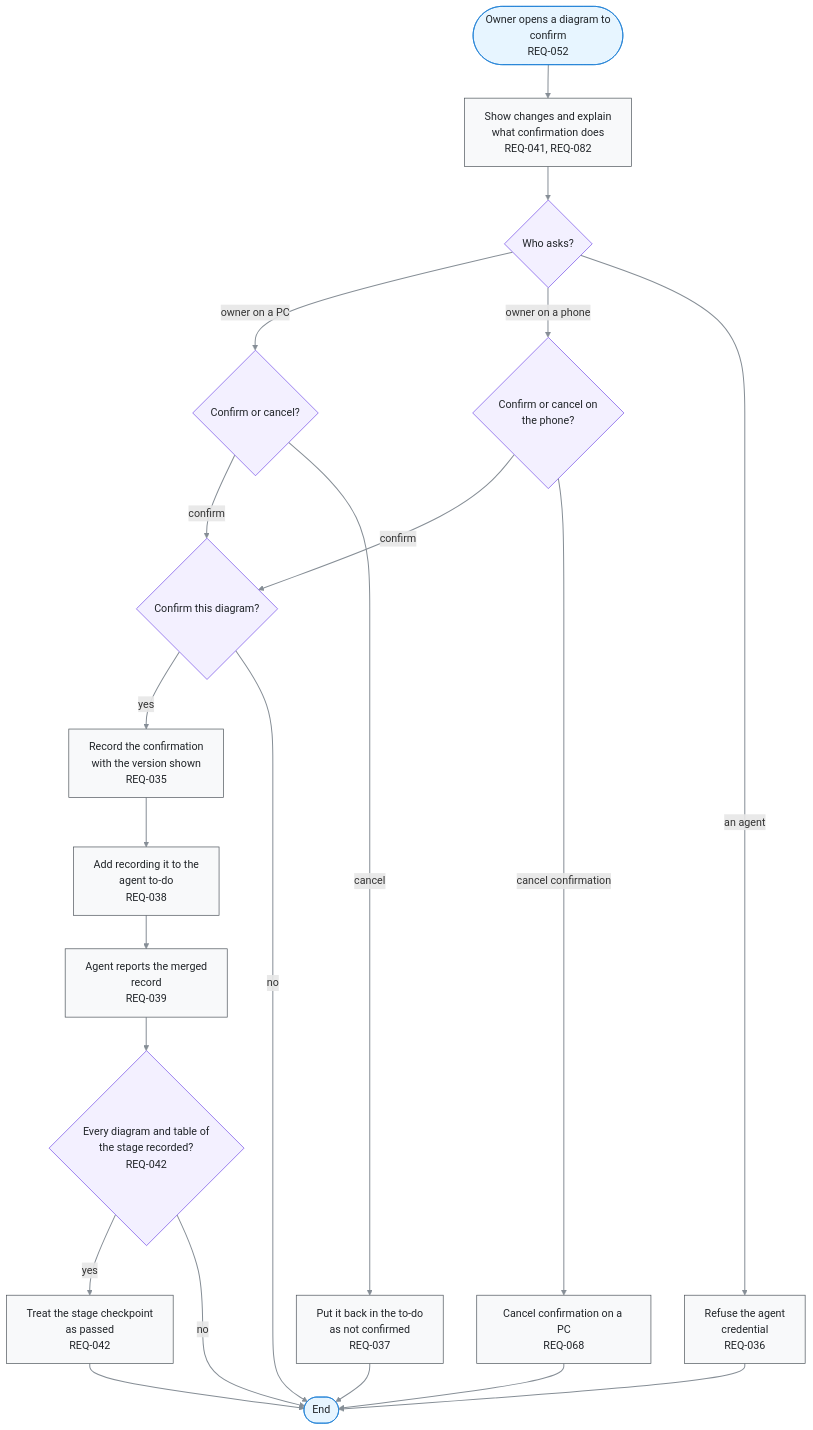
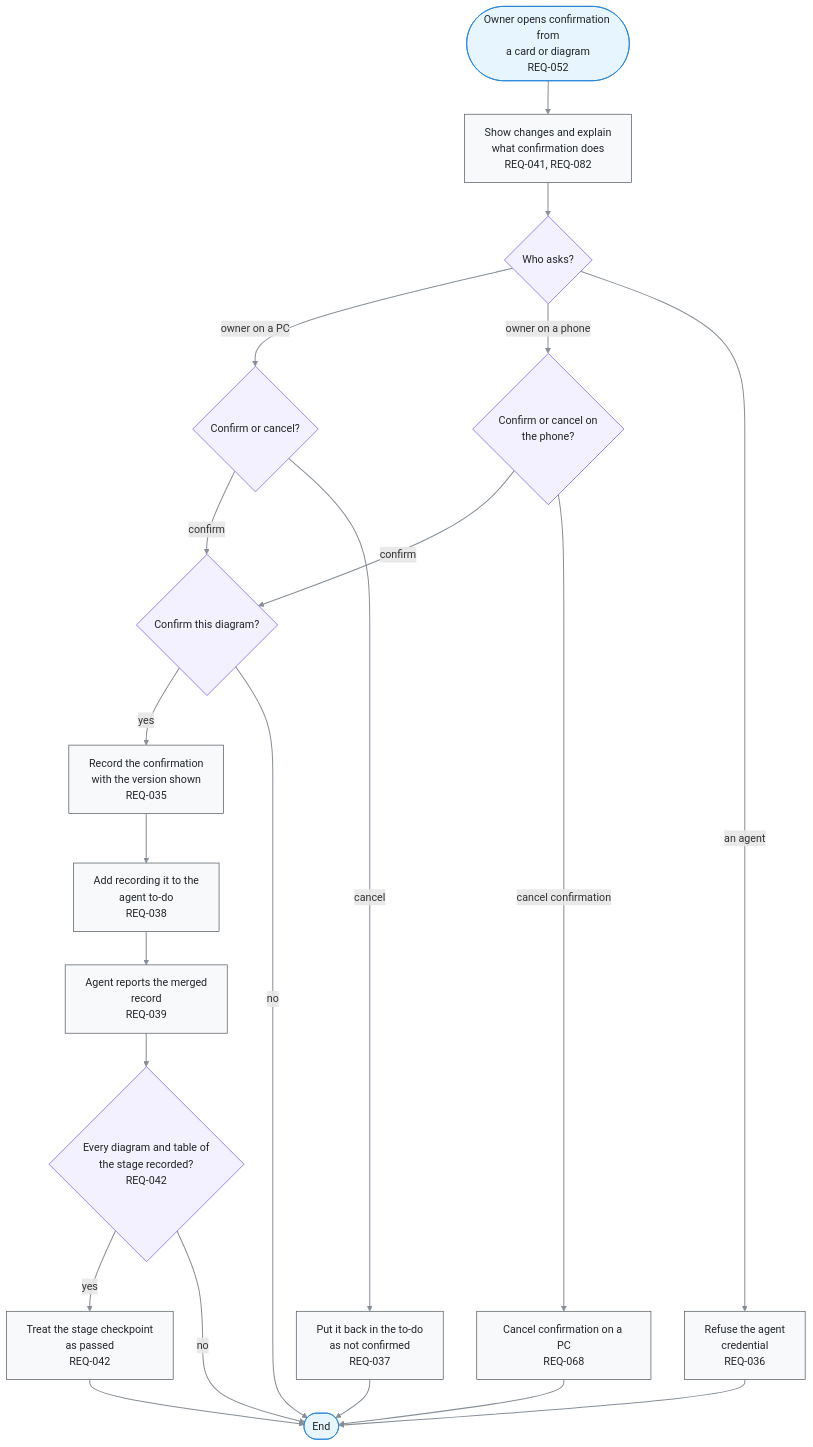
The diagram in docs/03-user-flow/FL-006-confirm-a-diagram.md (kodonghui/corthex-nexus), drawn with Mermaid before and after one commit. The commit also changed 63 other files, not shown here.

````diff
--- a/docs/03-user-flow/FL-006-confirm-a-diagram.md
+++ b/docs/03-user-flow/FL-006-confirm-a-diagram.md
@@ -9,48 +9,48 @@
 ```mermaid
 flowchart TD
-  A(["Owner opens a diagram to<br/>confirm<br/>REQ-052"])
+  A(["Owner opens confirmation from<br/>a card or diagram<br/>REQ-052"])
   B["Show changes and explain<br/>what confirmation does<br/>REQ-041, REQ-082"]
   C{"Who asks?"}
   D{"Confirm or cancel?"}
   E["Record the confirmation<br/>with the version shown<br/>REQ-035"]
   F["Add recording it to the<br/>agent to-do<br/>REQ-038"]
   G["Agent reports the merged<br/>record<br/>REQ-039"]
   H{"Every diagram and table of<br/>the stage recorded?<br/>REQ-042"}
   I["Treat the stage checkpoint<br/>as passed<br/>REQ-042"]
   J["Put it back in the to-do<br/>as not confirmed<br/>REQ-037"]
   P{"Confirm or cancel on<br/>the phone?"}
   L{"Confirm this diagram?"}
   R1["Cancel confirmation on a PC<br/>REQ-068"]
   R2["Refuse the agent<br/>credential<br/>REQ-036"]
   Z(["End"])
   A e1@--> B
   B e2@--> C
   C e3@-->|owner on a PC| D
   C e4@-->|owner on a phone| P
   C e5@-->|an agent| R2
   D e6@-->|confirm| L
   D e7@-->|cancel| J
   E e8@--> F
   F e9@--> G
   G e10@--> H
   H e11@-->|yes| I
   H e12@-->|no| Z
   I e13@--> Z
   J e14@--> Z
   R1 e15@--> Z
   R2 e16@--> Z
   P e17@-->|confirm| L
   P e18@-->|cancel confirmation| R1
   L e19@-->|yes| E
   L e20@-->|no| Z
   %% legend: below
   classDef term fill:#e7f5ff,stroke:#1c7ed6,color:#212529
   classDef proc fill:#f8f9fa,stroke:#495057,color:#212529
   classDef decide fill:#f3f0ff,stroke:#7048e8,color:#212529
   classDef gap fill:#f1f3f5,stroke:#adb5bd,stroke-dasharray:2 3,color:#495057
   classDef pass stroke:#868e96,stroke-width:1.5px
   class A,Z term
   class B,E,F,G,I,J,R1,R2 proc
   class C,D,H,P,L decide
   class e1,e2,e3,e4,e5,e6,e7,e8,e9,e10,e11,e12,e13,e14,e15,e16,e17,e18,e19,e20 pass
 ```
````
